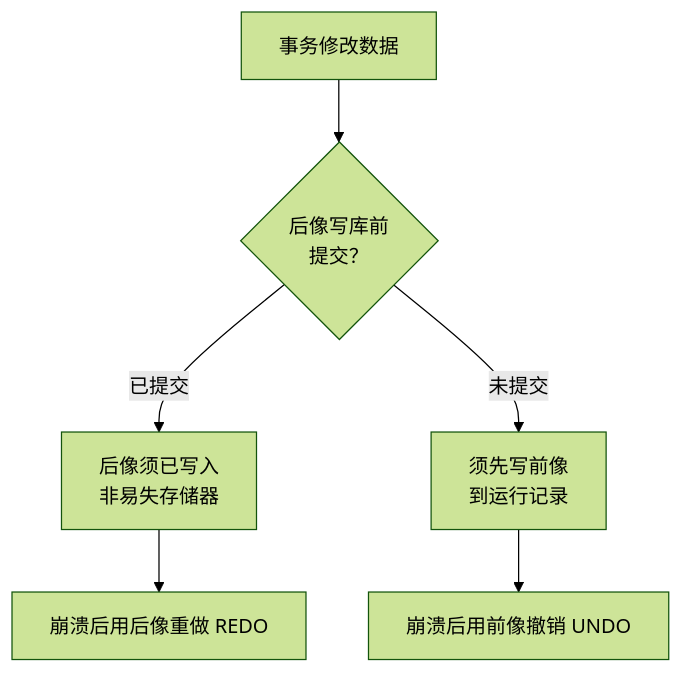
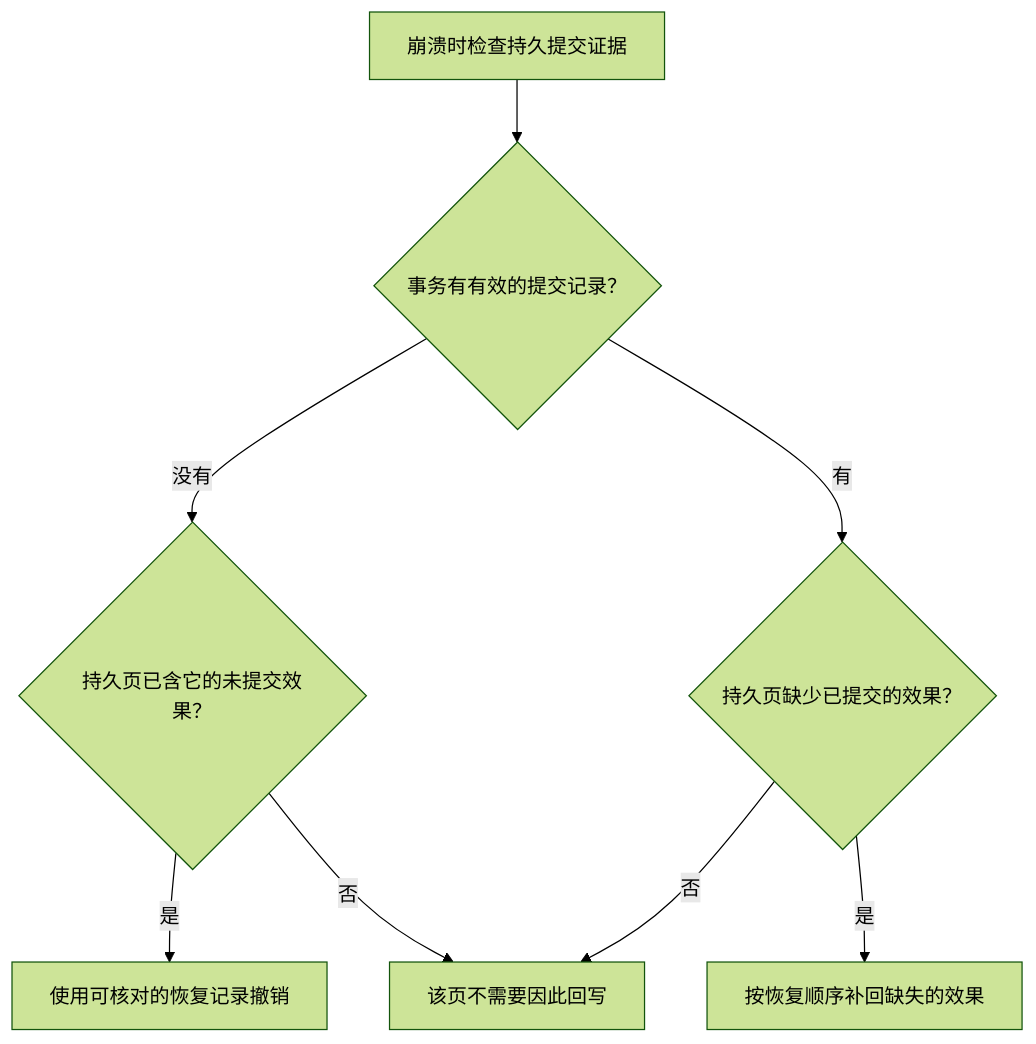
One commit to hicancan/njupt-knowledge changed the diagram in topics/数据库内核实现/dbms能力与成分.md. Above: the diagram before and after it, drawn with Mermaid (forest theme). The commit also changed other lines of this file and 7 other files, not shown here.

````diff
--- a/topics/数据库内核实现/dbms能力与成分.md
+++ b/topics/数据库内核实现/dbms能力与成分.md
@@ -90,8 +73,10 @@
 ```mermaid
 flowchart TD
-    A["事务修改数据"] --> B{"后像写库前<br>提交？"}
-    B -->|"已提交"| C["后像须已写入<br>非易失存储器"]
-    B -->|"未提交"| D["须先写前像<br>到运行记录"]
-    C --> E["崩溃后用后像重做 REDO"]
-    D --> F["崩溃后用前像撤销 UNDO"]
+    A["崩溃时检查持久提交证据"] --> B{"事务有有效的提交记录？"}
+    B -->|"没有"| C{"持久页已含它的未提交效果？"}
+    B -->|"有"| D{"持久页缺少已提交的效果？"}
+    C -->|"是"| E["使用可核对的恢复记录撤销"]
+    D -->|"是"| F["按恢复顺序补回缺失的效果"]
+    C -->|"否"| G["该页不需要因此回写"]
+    D -->|"否"| G
 ```
````
